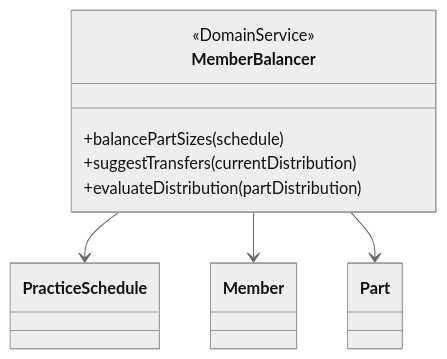
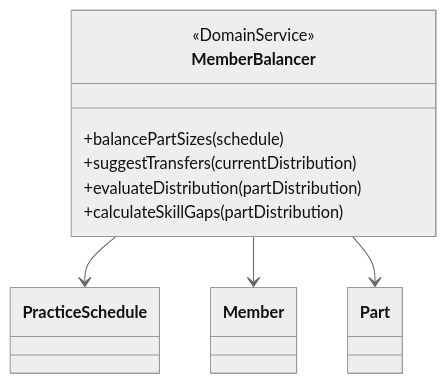
One commit to NowatariSoma/tomosigoto_nou_system changed diagram 12 of 16 in 設計書/04_ドメインサービス.md. Above: the diagram before and after it, drawn with Mermaid (neutral theme). The commit also changed other lines of this file and 12 other files, not shown here.

````diff
--- a/設計書/04_ドメインサービス.md
+++ b/設計書/04_ドメインサービス.md
@@ -310,13 +540,14 @@
 ```mermaid
 classDiagram
     class MemberBalancer {
         <<DomainService>>
         +balancePartSizes(schedule)
         +suggestTransfers(currentDistribution)
         +evaluateDistribution(partDistribution)
+        +calculateSkillGaps(partDistribution)
     }
     
     MemberBalancer --> PracticeSchedule
     MemberBalancer --> Member
     MemberBalancer --> Part
 ```
````
